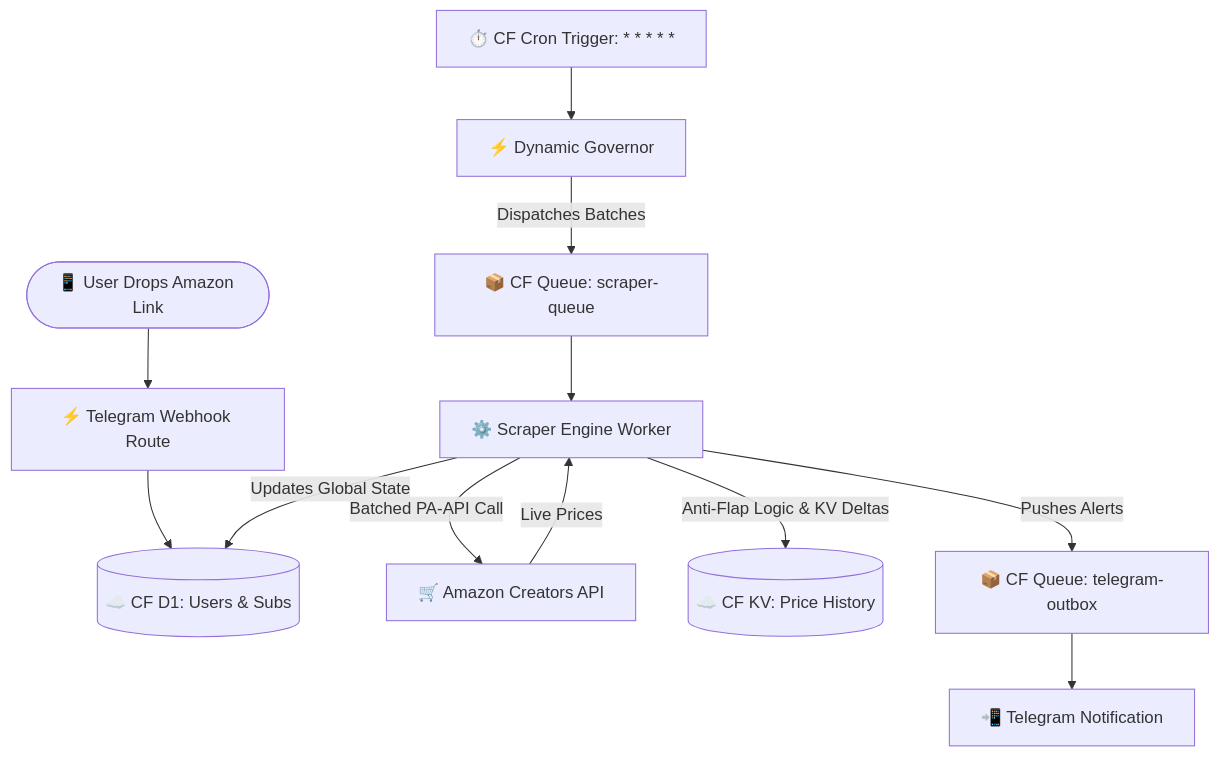
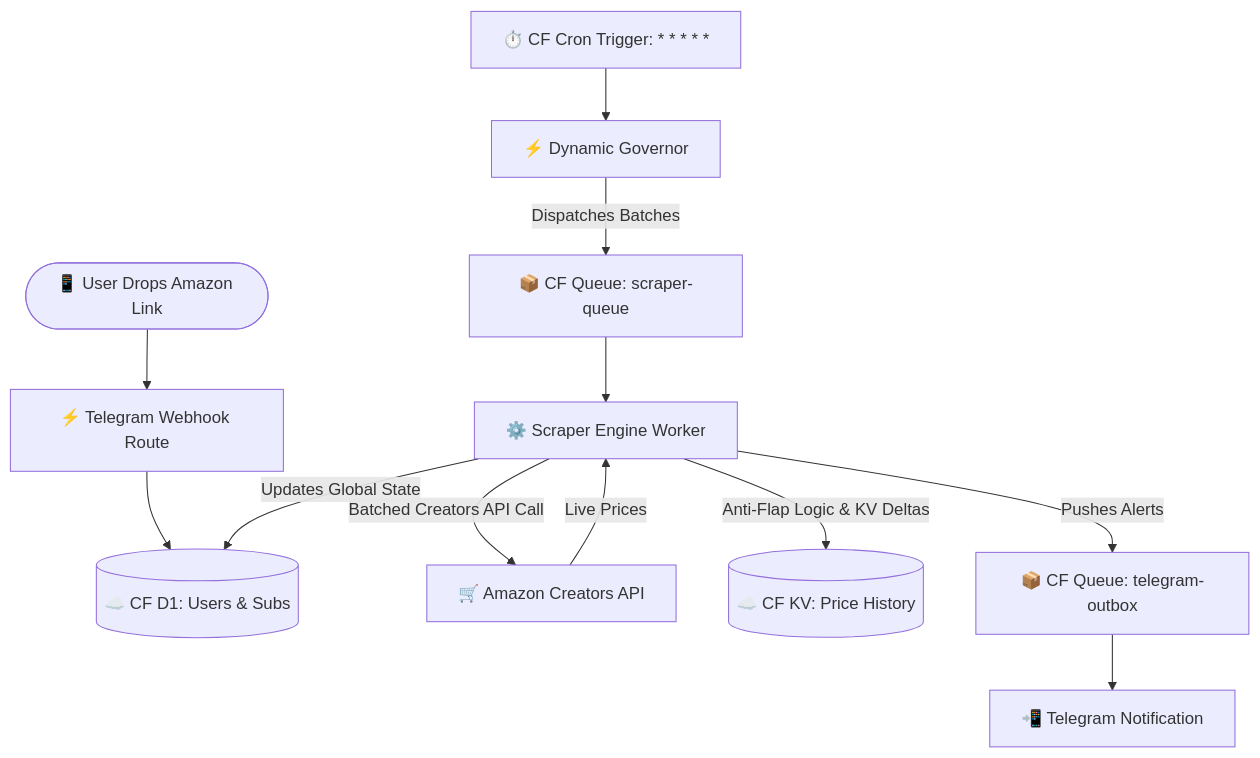
The diagram in README.md (aka-khalid/AzTracker), drawn with Mermaid before and after one commit. The commit also changed other lines of this file and 1 other file, not shown here.

Commit message:
docs: correct api name to Creators API, fix secret table, and add MIT license

````diff
--- a/README.md
+++ b/README.md
@@ -44,14 +44,14 @@
 ```mermaid
 graph TD;
     User([📱 User Drops Amazon Link]) --> Webhook[⚡ Telegram Webhook Route];
     Webhook --> D1[(☁️ CF D1: Users & Subs)];
     Cron[⏱️ CF Cron Trigger: * * * * *] --> Governor[⚡ Dynamic Governor];
     Governor -- Dispatches Batches --> SQ[📦 CF Queue: scraper-queue];
     SQ --> Engine[⚙️ Scraper Engine Worker];
-    Engine -- Batched PA-API Call --> PAAPI[🛒 Amazon Creators API];
+    Engine -- Batched Creators API Call --> PAAPI[🛒 Amazon Creators API];
     PAAPI -- Live Prices --> Engine;
     Engine -- Anti-Flap Logic & KV Deltas --> KV_Hist[(☁️ CF KV: Price History)];
     Engine -- Updates Global State --> D1;
     Engine -- Pushes Alerts --> TQ[📦 CF Queue: telegram-outbox];
     TQ --> TG[📲 Telegram Notification];
 ```
````
